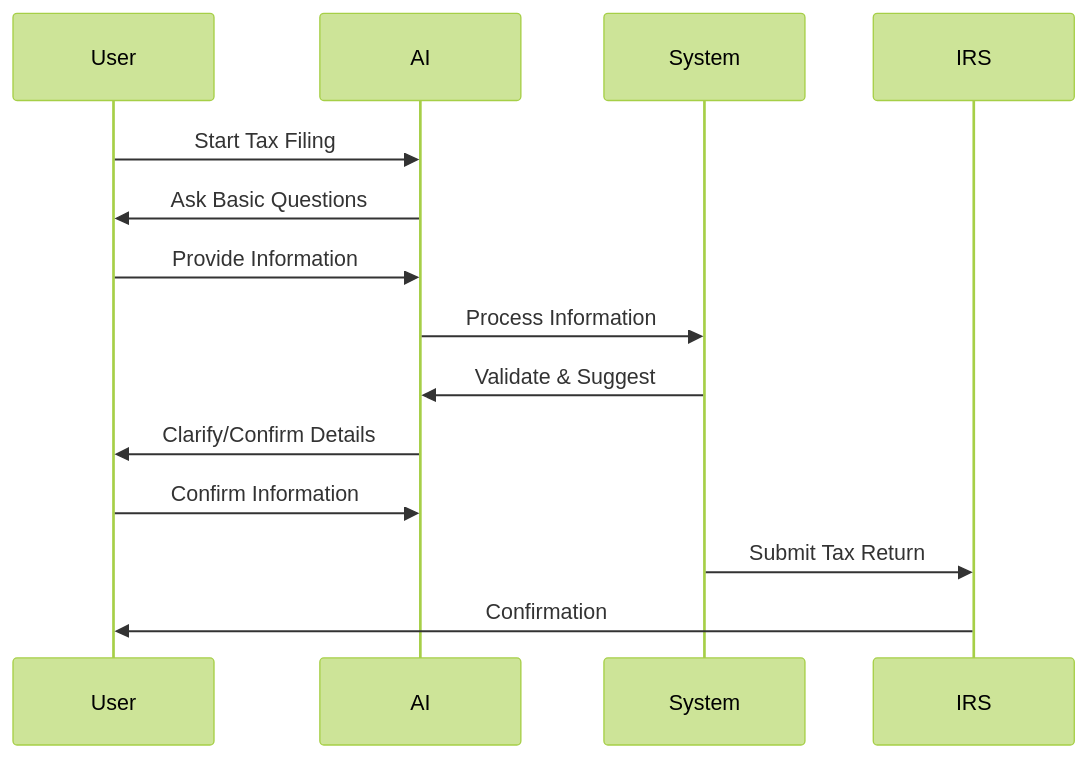
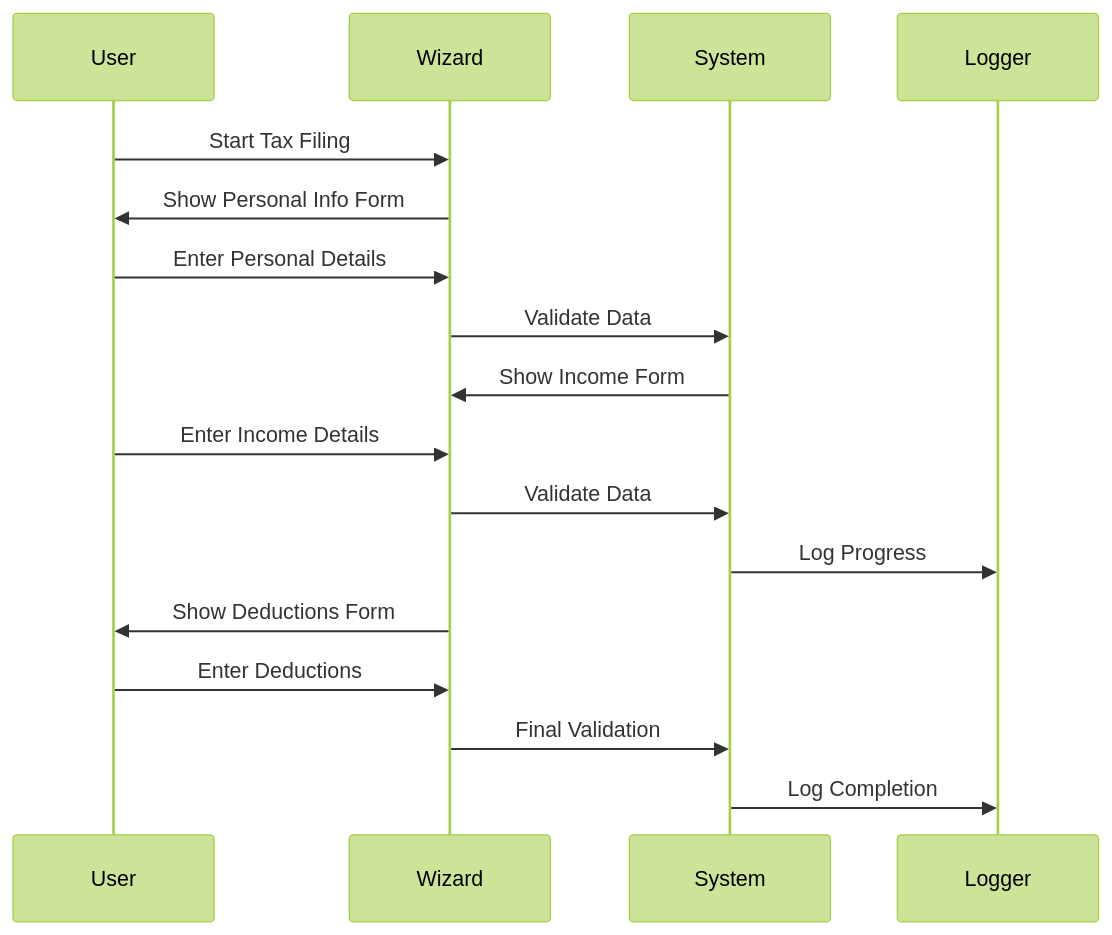
One commit to anhtdang92/direct-file-easy-webui changed the second of 4 diagrams in PROJECT_PLAN.md. Above: the diagram before and after it, drawn with Mermaid (forest theme). The commit also changed other lines of this file and 2 other files, not shown here.

````diff
--- a/PROJECT_PLAN.md
+++ b/PROJECT_PLAN.md
@@ -38,17 +28,20 @@
 ```mermaid
 sequenceDiagram
     participant User
-    participant AI
+    participant Wizard
     participant System
-    participant IRS
+    participant Logger
 
-    User->>AI: Start Tax Filing
-    AI->>User: Ask Basic Questions
-    User->>AI: Provide Information
-    AI->>System: Process Information
-    System->>AI: Validate & Suggest
-    AI->>User: Clarify/Confirm Details
-    User->>AI: Confirm Information
-    System->>IRS: Submit Tax Return
-    IRS->>User: Confirmation
+    User->>Wizard: Start Tax Filing
+    Wizard->>User: Show Personal Info Form
+    User->>Wizard: Enter Personal Details
+    Wizard->>System: Validate Data
+    System->>Wizard: Show Income Form
+    User->>Wizard: Enter Income Details
+    Wizard->>System: Validate Data
+    System->>Logger: Log Progress
+    Wizard->>User: Show Deductions Form
+    User->>Wizard: Enter Deductions
+    Wizard->>System: Final Validation
+    System->>Logger: Log Completion
 ```
````
